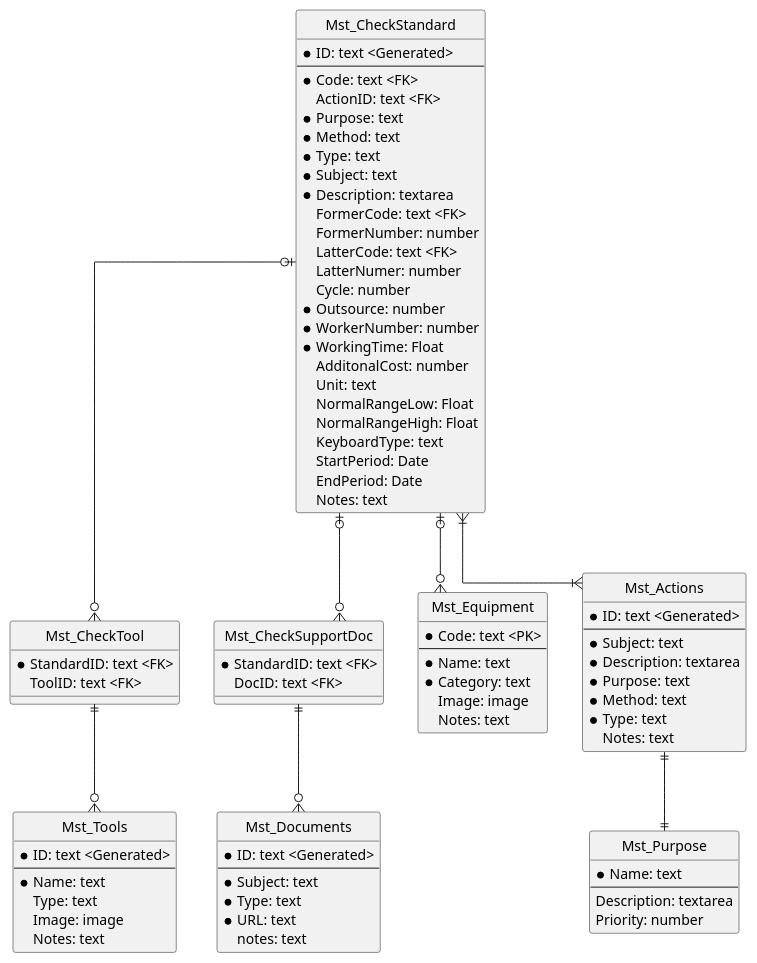
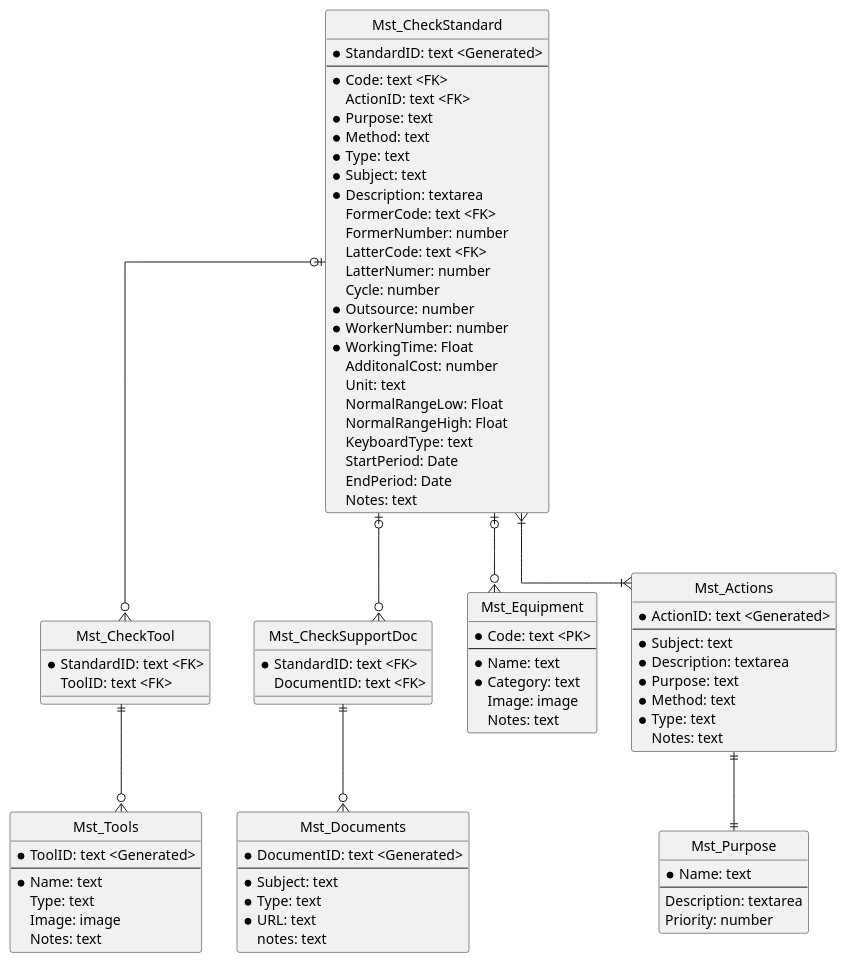
Before and after one commit to himiz6912/mms: the diagram in er_check_standard.pu, drawn with PlantUML. The commit also changed 5 other files, not shown here.

```diff
--- a/er_check_standard.pu
+++ b/er_check_standard.pu
@@ -1,94 +1,94 @@
 @startuml
 hide circle
 skinparam linetype ortho
 
 entity Mst_CheckStandard {
-    * ID: text <Generated>
+    * StandardID: text <Generated>
     --
     * Code: text <FK>
     ActionID: text <FK>
     * Purpose: text
     * Method: text
     * Type: text
     * Subject: text
     * Description: textarea
     FormerCode: text <FK>
     FormerNumber: number
     LatterCode: text <FK>
     LatterNumer: number
     Cycle: number
     * Outsource: number
     * WorkerNumber: number
     * WorkingTime: Float
     AdditonalCost: number
     Unit: text
     NormalRangeLow: Float
     NormalRangeHigh: Float
     KeyboardType: text
     StartPeriod: Date
     EndPeriod: Date
     Notes: text
 }
 ' Method: Cleaning/ Visual check/ Listening check/ Touching check/ Measurement/ Recording/ Replacement
 ' Type: Check/ Measure/ Picture/ Upload/ Replacement
 entity Mst_CheckTool {
     * StandardID: text <FK>
     ToolID: text <FK>
 }
 entity Mst_CheckSupportDoc {
     * StandardID: text <FK>
-    DocID: text <FK>
+    DocumentID: text <FK>
 }
 entity Mst_Equipment {
     * Code: text <PK>
     --
     * Name: text
     * Category: text
     Image: image
     Notes: text
 }
 ' Category: Camera/ Recorder/ Periferals/ Panel/ Display/ Sensor/ Mount/ Output/ Communicator/ Power supply
 entity Mst_Actions{
-    * ID: text <Generated>
+    * ActionID: text <Generated>
     --
     * Subject: text
     * Description: textarea
     * Purpose: text
     * Method: text
     * Type: text
     Notes: text
 }
 entity Mst_Tools {
-    * ID: text <Generated>
+    * ToolID: text <Generated>
     --
     * Name: text
     Type: text
     Image: image
     Notes: text
 }
 ' Type: Indivisual tool/ Shared tool/ Purchaising/ Rental
 entity Mst_Documents {
-    * ID: text <Generated>
+    * DocumentID: text <Generated>
     --
     * Subject: text
     * Type: text
     * URL: text
     notes: text
 }
 ' Type: Manual/ Instructions/ Checklist/ Contract/ Appearance/ Drawing
 entity Mst_Purpose {
     * Name: text
     --
     Description: textarea
     Priority: number
 }
 ' Purpose: Cleaning/ Function check/ Performance test/ Safety check/ Environment check/ Prevention measures/ Repair
-
+' add Campaign and special check
 Mst_CheckStandard |o--o{ Mst_Equipment
 Mst_CheckStandard |o--o{ Mst_CheckTool
 Mst_CheckStandard |o--o{ Mst_CheckSupportDoc
 Mst_CheckTool ||--o{ Mst_Tools
 Mst_CheckSupportDoc ||--o{ Mst_Documents
 Mst_CheckStandard }|--|{ Mst_Actions
 Mst_Actions ||--|| Mst_Purpose
 @enduml
```
